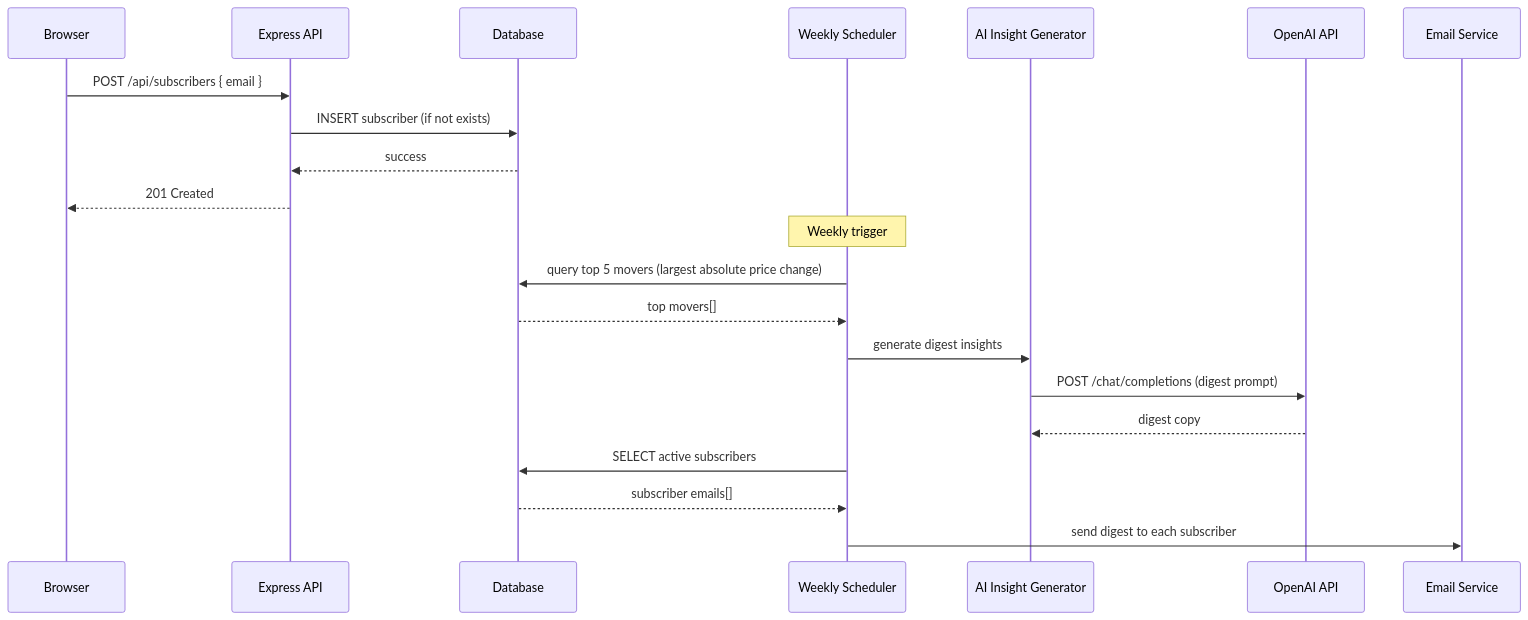
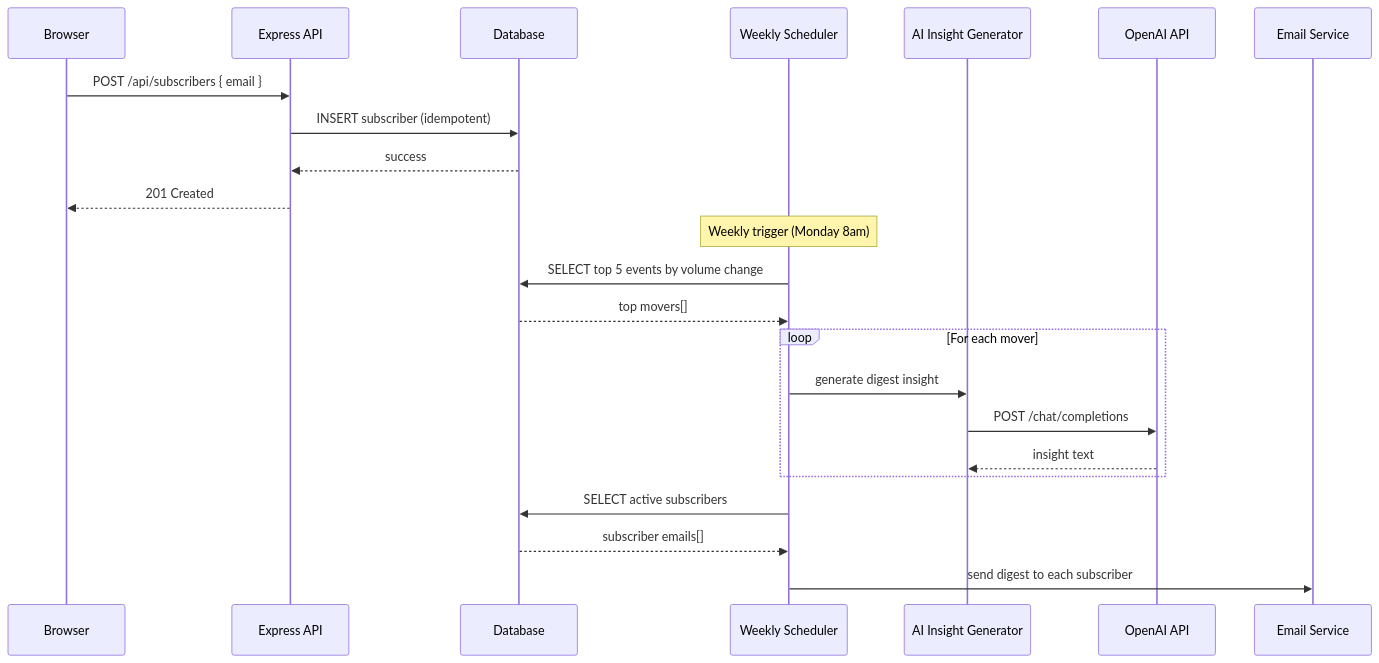
The fifth of 5 diagrams in README.md (chakane0/eco), drawn with Mermaid before and after one commit. The commit also changed other lines of this file and 5 other files, not shown here.

````diff
--- a/README.md
+++ b/README.md
@@ -137,25 +332,27 @@
 ```mermaid
 sequenceDiagram
     participant User as Browser
     participant API as Express API
     participant DB as Database
     participant Cron as Weekly Scheduler
     participant AI as AI Insight Generator
     participant OpenAI as OpenAI API
     participant Email as Email Service
 
     User->>API: POST /api/subscribers { email }
-    API->>DB: INSERT subscriber (if not exists)
+    API->>DB: INSERT subscriber (idempotent)
     DB-->>API: success
     API-->>User: 201 Created
 
-    Note over Cron: Weekly trigger
-    Cron->>DB: query top 5 movers (largest absolute price change)
+    Note over Cron: Weekly trigger (Monday 8am)
+    Cron->>DB: SELECT top 5 events by volume change
     DB-->>Cron: top movers[]
-    Cron->>AI: generate digest insights
-    AI->>OpenAI: POST /chat/completions (digest prompt)
-    OpenAI-->>AI: digest copy
+    loop For each mover
+        Cron->>AI: generate digest insight
+        AI->>OpenAI: POST /chat/completions
+        OpenAI-->>AI: insight text
+    end
     Cron->>DB: SELECT active subscribers
     DB-->>Cron: subscriber emails[]
     Cron->>Email: send digest to each subscriber
 ```
````
